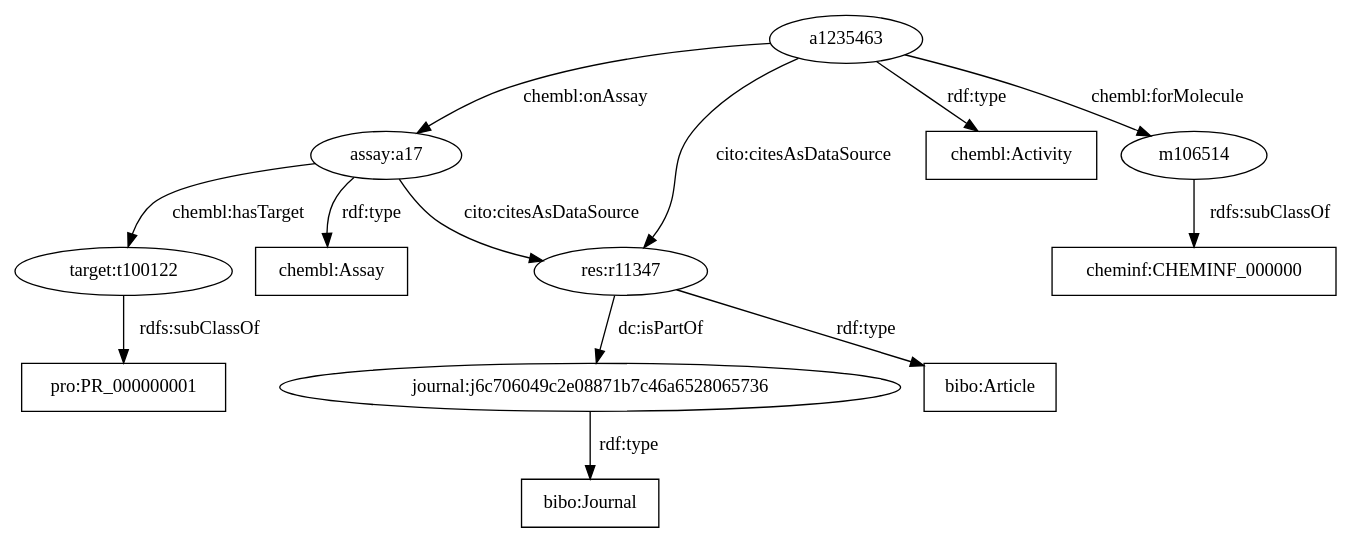
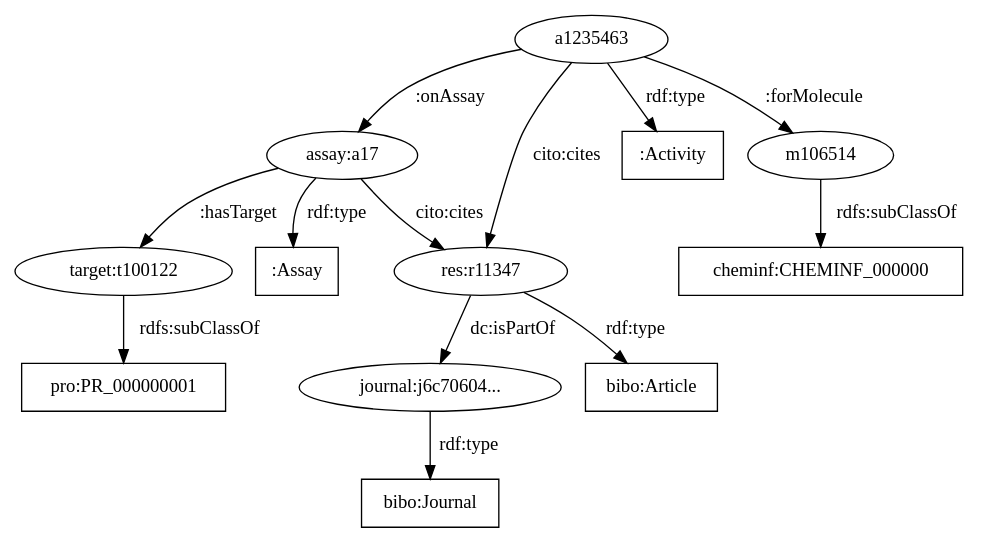
The diagram in figs/relations.dot (egonw/chembl-rdf-paper), drawn with Graphviz before and after one commit.

Commit message:
Reduced the width

```diff
--- a/figs/relations.dot
+++ b/figs/relations.dot
@@ -1,31 +1,31 @@
 
 digraph G {
 
-  center=""
+  center = activity;
 
   assay [label="assay:a17"] ;
-  assayType [label="chembl:Assay",shape=box] ;
+  assayType [label=":Assay",shape=box] ;
   doc [label="res:r11347 "];
   docType [label="bibo:Article",shape=box];
-  journal [label="journal:j6c706049c2e08871b7c46a6528065736"];
+  journal [label="journal:j6c70604..."];
   journalType [label="bibo:Journal",shape=box];
   target [label="target:t100122"];
   targetType [label="pro:PR_000000001",shape=box];
   activity [label="a1235463"];
-  activityType [label="chembl:Activity",shape=box];
+  activityType [label=":Activity",shape=box];
   mol [label="m106514"];
   molType [label="cheminf:CHEMINF_000000",shape=box];
 
   assay -> assayType [label="rdf:type"] ;
-  assay -> doc [label="cito:citesAsDataSource"] ;
+  assay -> doc [label="cito:cites"] ;
   doc -> docType [label="rdf:type"];
   doc -> journal [label="dc:isPartOf"];
   journal -> journalType [label="rdf:type"];
-  assay -> target [label="chembl:hasTarget"];
+  assay -> target [label=":hasTarget"];
   target -> targetType [label="rdfs:subClassOf"];
   activity -> activityType [label="rdf:type"];
-  activity -> assay [label="chembl:onAssay"];
-  activity -> mol [label="chembl:forMolecule"];
-  activity -> doc [label="cito:citesAsDataSource"] ;
+  activity -> assay [label=":onAssay"];
+  activity -> mol [label=":forMolecule"];
+  activity -> doc [label="cito:cites"] ;
   mol -> molType [label="rdfs:subClassOf"];
 }
```
